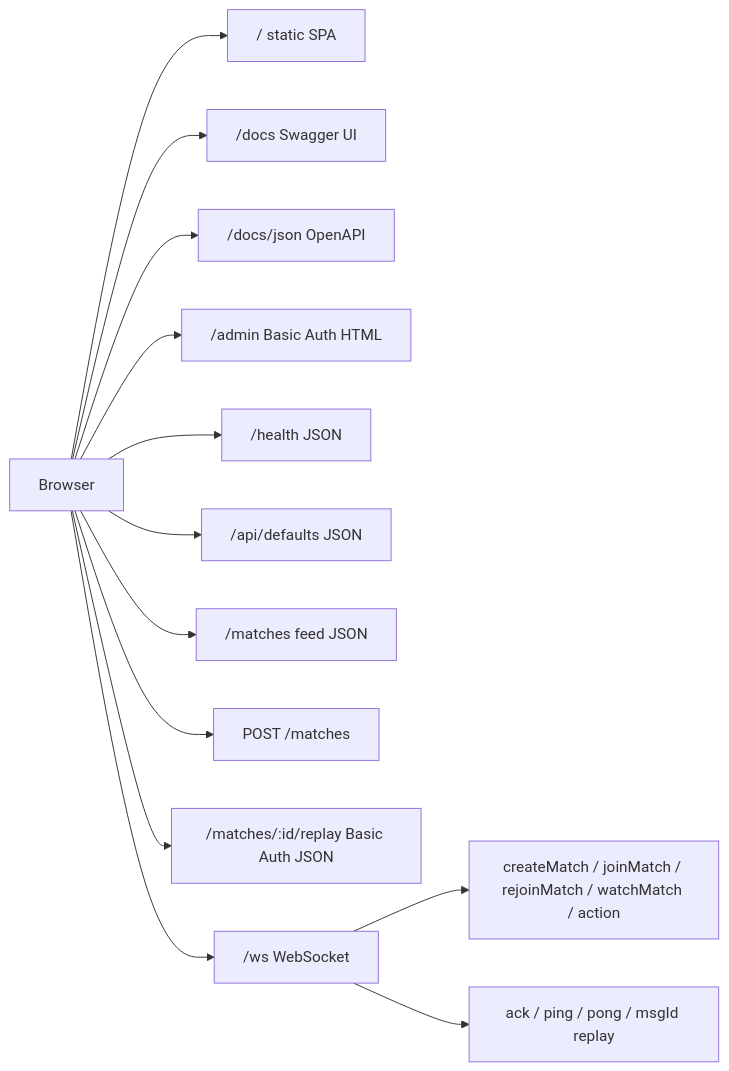
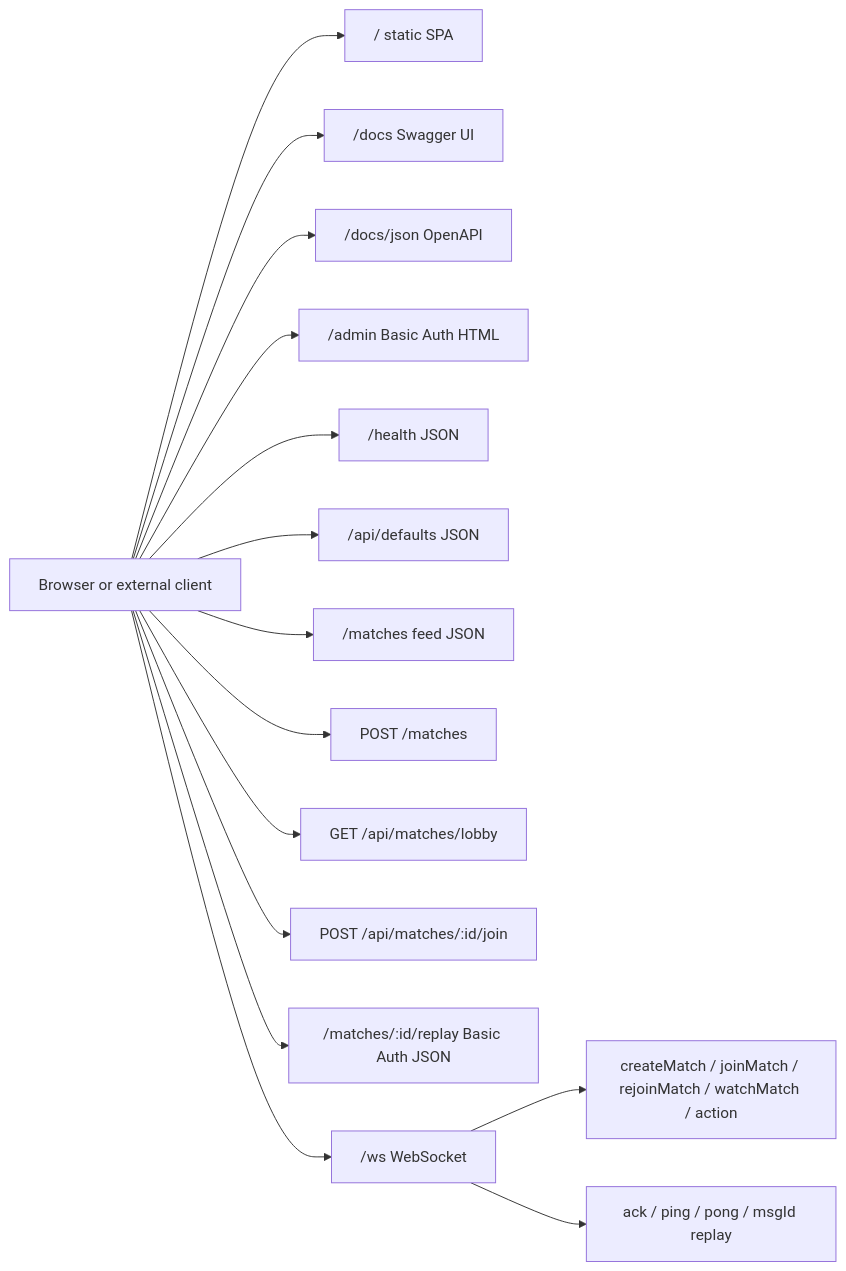
The diagram in docs/system/site-flow-2.mmd (phalanxduel/phalanxduel), drawn with Mermaid before and after one commit. The commit also changed 4 other files, not shown here.

```diff
--- a/docs/system/site-flow-2.mmd
+++ b/docs/system/site-flow-2.mmd
@@ -1,13 +1,15 @@
 flowchart LR
-  BROWSER[Browser] --> ROOT["/ static SPA"]
-  BROWSER --> DOCS["/docs Swagger UI"]
-  BROWSER --> OPENAPI["/docs/json OpenAPI"]
-  BROWSER --> ADMIN["/admin Basic Auth HTML"]
-  BROWSER --> HEALTH["/health JSON"]
-  BROWSER --> DEFAULTS["/api/defaults JSON"]
-  BROWSER --> MATCHES["/matches feed JSON"]
-  BROWSER --> CREATE["POST /matches"]
-  BROWSER --> REPLAY["/matches/:id/replay Basic Auth JSON"]
-  BROWSER --> WS["/ws WebSocket"]
+  CLIENT[Browser or external client] --> ROOT["/ static SPA"]
+  CLIENT --> DOCS["/docs Swagger UI"]
+  CLIENT --> OPENAPI["/docs/json OpenAPI"]
+  CLIENT --> ADMIN["/admin Basic Auth HTML"]
+  CLIENT --> HEALTH["/health JSON"]
+  CLIENT --> DEFAULTS["/api/defaults JSON"]
+  CLIENT --> MATCHES["/matches feed JSON"]
+  CLIENT --> CREATE["POST /matches"]
+  CLIENT --> LOBBY["GET /api/matches/lobby"]
+  CLIENT --> JOIN["POST /api/matches/:id/join"]
+  CLIENT --> REPLAY["/matches/:id/replay Basic Auth JSON"]
+  CLIENT --> WS["/ws WebSocket"]
   WS --> WS_MSG["createMatch / joinMatch / rejoinMatch / watchMatch / action"]
   WS --> WS_RELIABILITY["ack / ping / pong / msgId replay"]
```
